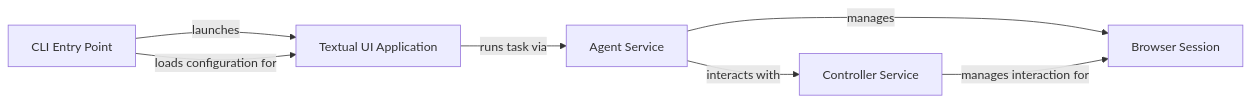
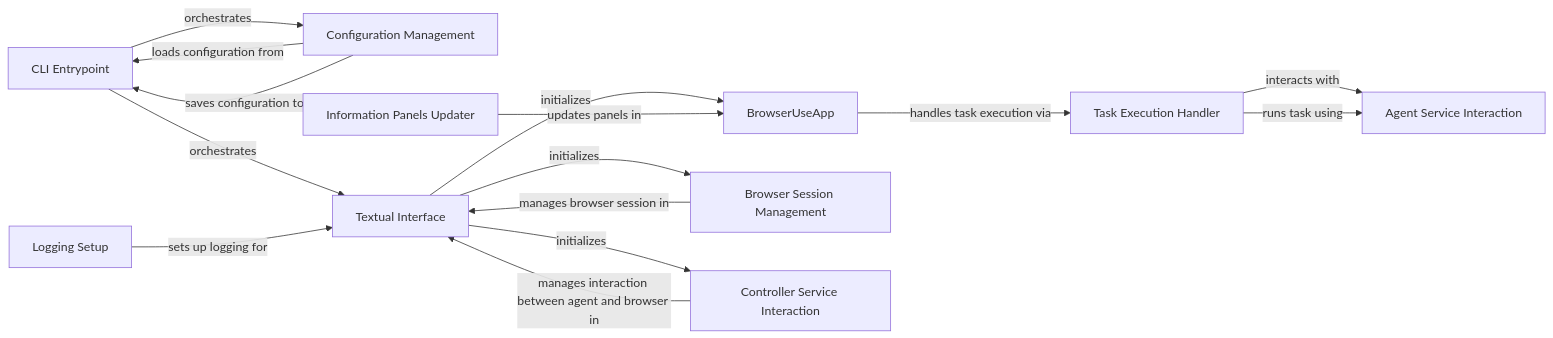
One commit to CodeBoarding/GeneratedOnBoardings changed the diagram in browser-use/User Interface.md. Above: the diagram before and after it, drawn with Mermaid. The commit also changed other lines of this file and 14 other files, not shown here.

````diff
--- a/browser-use/User Interface.md
+++ b/browser-use/User Interface.md
@@ -1,19 +1,27 @@
 ```mermaid
 graph LR
-    CLI_Entry_Point["CLI Entry Point"]
-    Textual_UI_Application["Textual UI Application"]
-    Agent_Service["Agent Service"]
-    Browser_Session["Browser Session"]
-    Controller_Service["Controller Service"]
-    CLI_Entry_Point -- "launches" --> Textual_UI_Application
-    CLI_Entry_Point -- "loads configuration for" --> Textual_UI_Application
-    Textual_UI_Application -- "runs task via" --> Agent_Service
-    Agent_Service -- "manages" --> Browser_Session
-    Agent_Service -- "interacts with" --> Controller_Service
-    Controller_Service -- "manages interaction for" --> Browser_Session
-    click CLI_Entry_Point href "https://github.com/CodeBoarding/GeneratedOnBoardings/blob/main/browser-use/CLI Entry Point.md" "Details"
-    click Textual_UI_Application href "https://github.com/CodeBoarding/GeneratedOnBoardings/blob/main/browser-use/Textual UI Application.md" "Details"
-    click Agent_Service href "https://github.com/CodeBoarding/GeneratedOnBoardings/blob/main/browser-use/Agent Service.md" "Details"
-    click Browser_Session href "https://github.com/CodeBoarding/GeneratedOnBoardings/blob/main/browser-use/Browser Session.md" "Details"
-    click Controller_Service href "https://github.com/CodeBoarding/GeneratedOnBoardings/blob/main/browser-use/Controller Service.md" "Details"
+    CLI_Entrypoint["CLI Entrypoint"]
+    Configuration_Management["Configuration Management"]
+    Textual_Interface["Textual Interface"]
+    BrowserUseApp["BrowserUseApp"]
+    Logging_Setup["Logging Setup"]
+    Task_Execution_Handler["Task Execution Handler"]
+    Information_Panels_Updater["Information Panels Updater"]
+    Agent_Service_Interaction["Agent Service Interaction"]
+    Browser_Session_Management["Browser Session Management"]
+    Controller_Service_Interaction["Controller Service Interaction"]
+    CLI_Entrypoint -- "orchestrates" --> Configuration_Management
+    CLI_Entrypoint -- "orchestrates" --> Textual_Interface
+    Configuration_Management -- "loads configuration from" --> CLI_Entrypoint
+    Configuration_Management -- "saves configuration to" --> CLI_Entrypoint
+    Textual_Interface -- "initializes" --> BrowserUseApp
+    Logging_Setup -- "sets up logging for" --> Textual_Interface
+    BrowserUseApp -- "handles task execution via" --> Task_Execution_Handler
+    Information_Panels_Updater -- "updates panels in" --> BrowserUseApp
+    Task_Execution_Handler -- "interacts with" --> Agent_Service_Interaction
+    Browser_Session_Management -- "manages browser session in" --> Textual_Interface
+    Controller_Service_Interaction -- "manages interaction between agent and browser in" --> Textual_Interface
+    Task_Execution_Handler -- "runs task using" --> Agent_Service_Interaction
+    Textual_Interface -- "initializes" --> Browser_Session_Management
+    Textual_Interface -- "initializes" --> Controller_Service_Interaction
 ```
````
